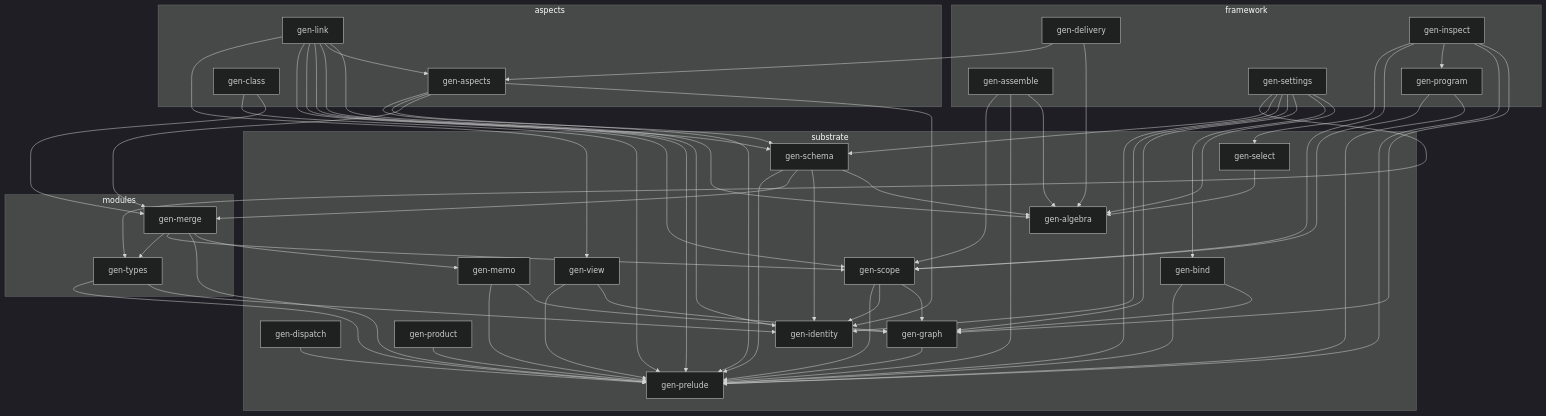
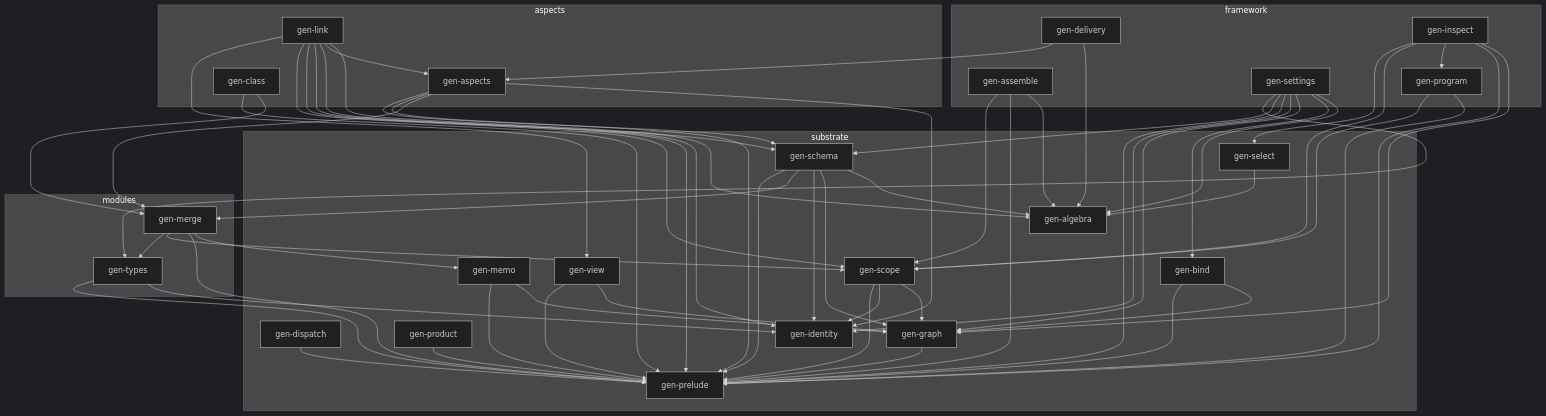
Before and after one commit to sini/gen: the first of 4 diagrams in ARCHITECTURE.md, drawn with Mermaid (dark theme). The commit also changed 6 other files, not shown here.

First line of the commit message:
relock every member to its tip; gen-schema reads gen-graph; strike the serviceGraph vocabulary hold

```diff
--- a/ARCHITECTURE.md
+++ b/ARCHITECTURE.md
@@ -107,6 +107,7 @@
   gen_program --> gen_prelude
   gen_program --> gen_scope
   gen_schema --> gen_algebra
+  gen_schema --> gen_graph
   gen_schema --> gen_identity
   gen_schema --> gen_merge
   gen_schema --> gen_prelude
```
